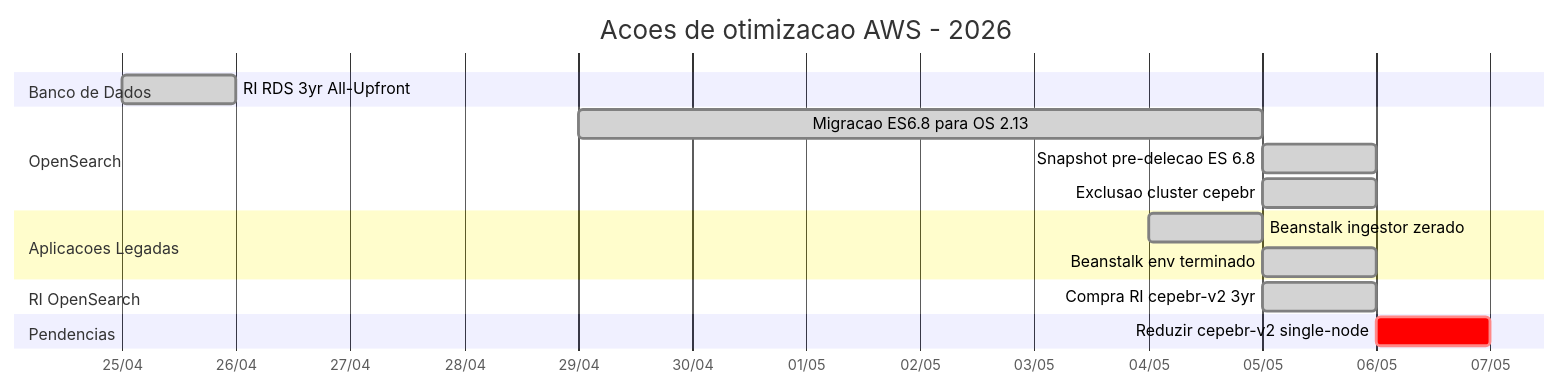
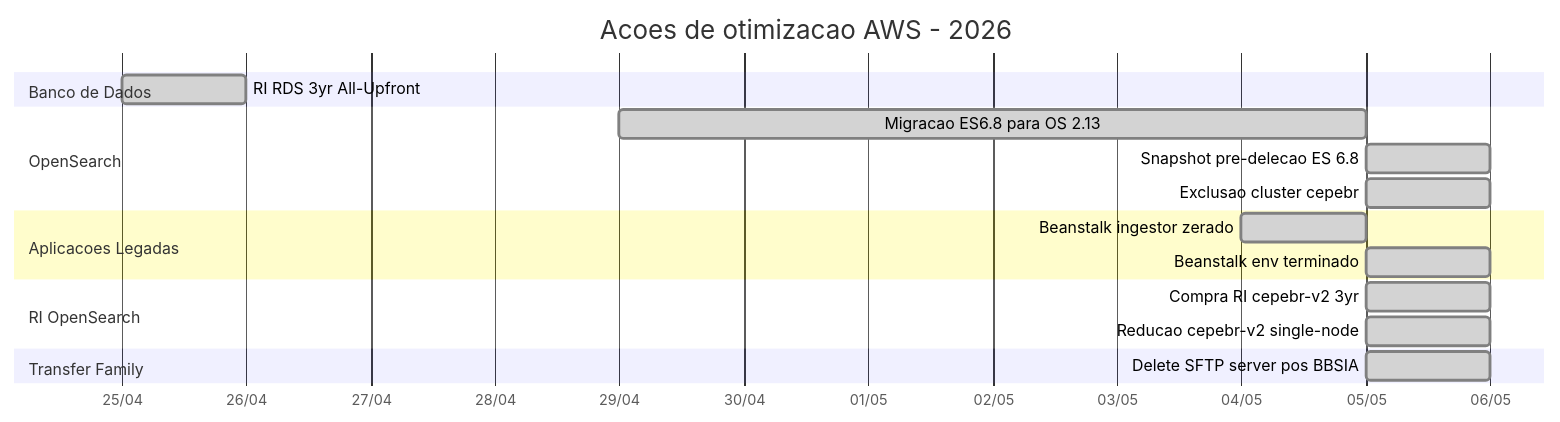
Before and after one commit to fparanhos/cepedoc-docs: the third of 7 diagrams in OTIMIZACAO_INFRA_AWS_2026.md, drawn with Mermaid. The commit also changed other lines of this file, not shown here.

First line of the commit message:
docs: Transfer Family deletado + redução cepebr-v2 disparada + números atualizados

````diff
--- a/OTIMIZACAO_INFRA_AWS_2026.md
+++ b/OTIMIZACAO_INFRA_AWS_2026.md
@@ -62,19 +62,20 @@
 ```mermaid
 gantt
     title Acoes de otimizacao AWS - 2026
     dateFormat YYYY-MM-DD
     axisFormat %d/%m
     section Banco de Dados
     RI RDS 3yr All-Upfront         :done, rds, 2026-04-25, 1d
     section OpenSearch
     Migracao ES6.8 para OS 2.13    :done, mig, 2026-04-29, 6d
     Snapshot pre-delecao ES 6.8    :done, snap, 2026-05-05, 1d
     Exclusao cluster cepebr        :done, del, 2026-05-05, 1d
     section Aplicacoes Legadas
     Beanstalk ingestor zerado      :done, eb, 2026-05-04, 1d
     Beanstalk env terminado        :done, ebt, 2026-05-05, 1d
     section RI OpenSearch
     Compra RI cepebr-v2 3yr        :done, ri2, 2026-05-05, 1d
-    section Pendencias
-    Reduzir cepebr-v2 single-node  :crit, p1, 2026-05-06, 1d
+    Reducao cepebr-v2 single-node  :done, red, 2026-05-05, 1d
+    section Transfer Family
+    Delete SFTP server pos BBSIA   :done, tf, 2026-05-05, 1d
 ```
````
